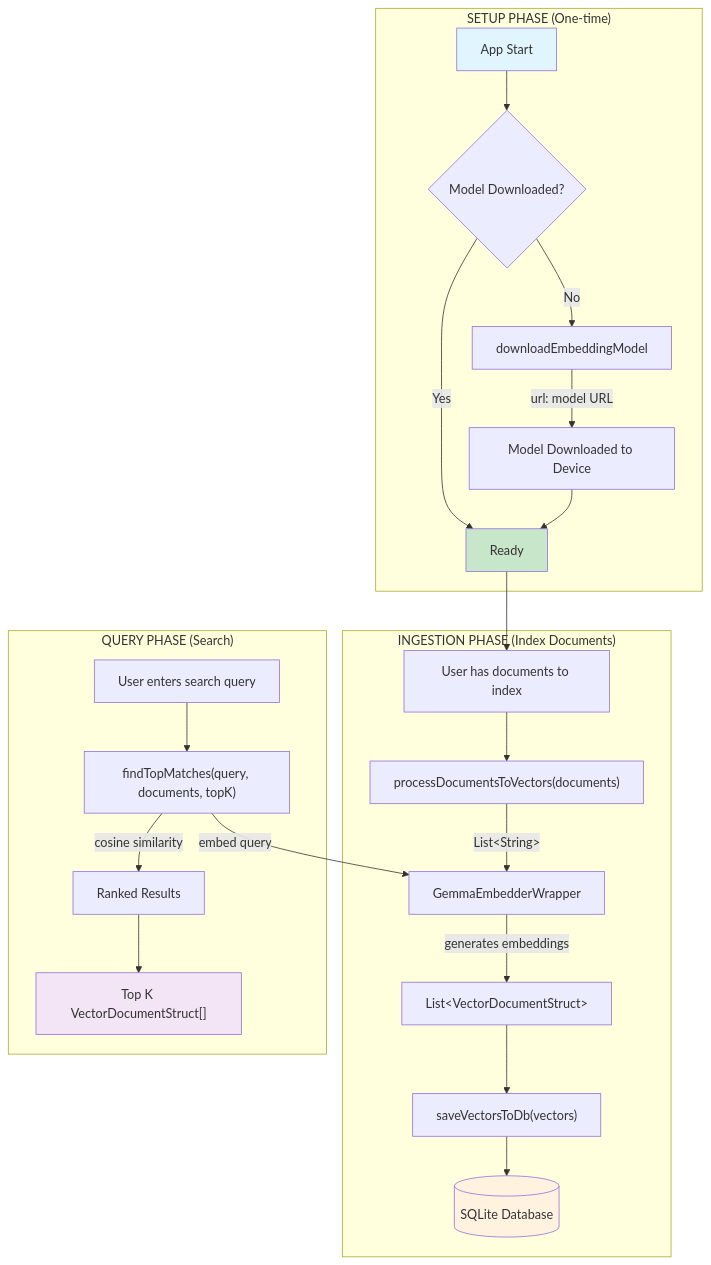
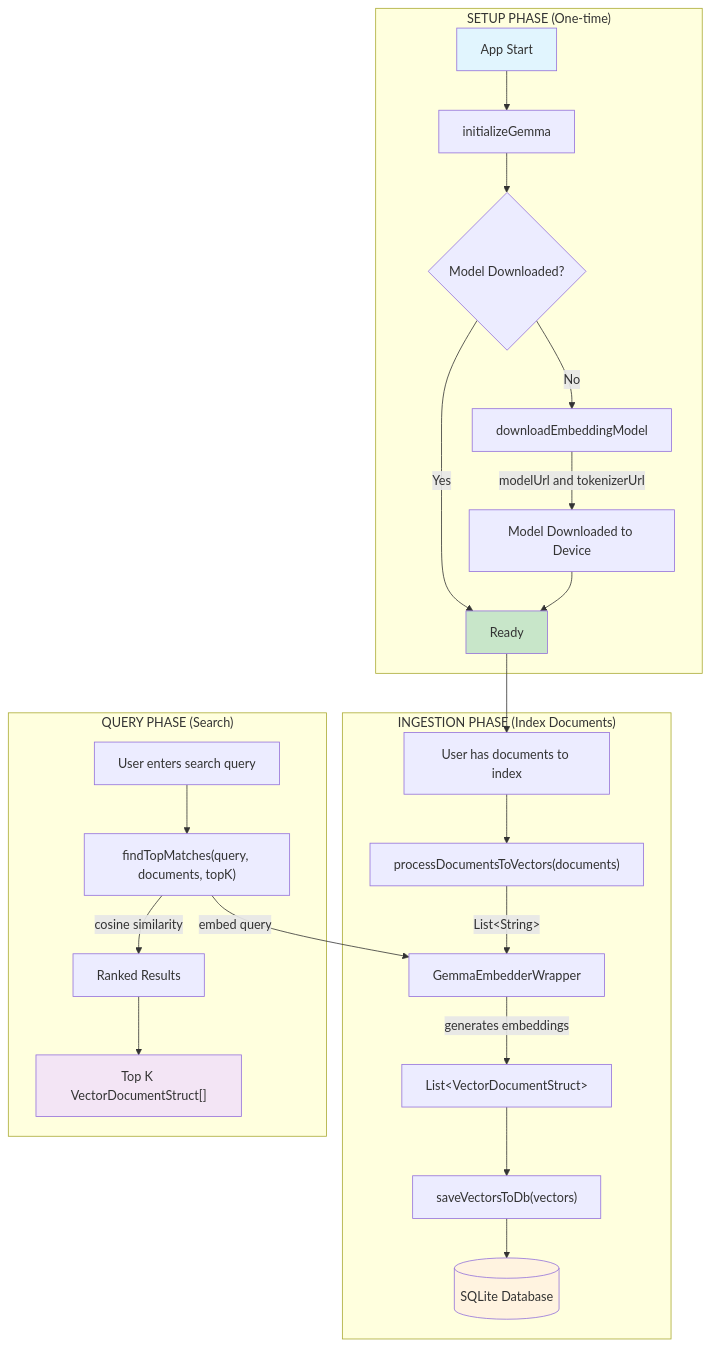
The first of 4 diagrams in README.md (sgardoll/embeddingGemmaFlutterFlow), drawn with Mermaid before and after one commit. The commit also changed other lines of this file, not shown here.

````diff
--- a/README.md
+++ b/README.md
@@ -24,31 +50,32 @@
 ```mermaid
 flowchart TB
     subgraph "SETUP PHASE (One-time)"
-        A[App Start] --> B{Model Downloaded?}
+        A[App Start] --> INIT[initializeGemma]
+        INIT --> B{Model Downloaded?}
         B -->|No| C[downloadEmbeddingModel]
-        C -->|"url: model URL"| D[Model Downloaded to Device]
+        C -->|"modelUrl and tokenizerUrl"| D[Model Downloaded to Device]
         B -->|Yes| E[Ready]
         D --> E
     end
 
     subgraph "INGESTION PHASE (Index Documents)"
         E --> F[User has documents to index]
         F --> G["processDocumentsToVectors(documents)"]
         G -->|"List&lt;String&gt;"| H[GemmaEmbedderWrapper]
         H -->|"generates embeddings"| I["List&lt;VectorDocumentStruct&gt;"]
         I --> J["saveVectorsToDb(vectors)"]
         J --> K[(SQLite Database)]
     end
 
     subgraph "QUERY PHASE (Search)"
         L[User enters search query] --> M["findTopMatches(query, documents, topK)"]
         M -->|"embed query"| H
         M -->|"cosine similarity"| N[Ranked Results]
         N --> O["Top K VectorDocumentStruct[]"]
     end
 
     style A fill:#e1f5fe
     style E fill:#c8e6c9
     style K fill:#fff3e0
     style O fill:#f3e5f5
 ```
````
